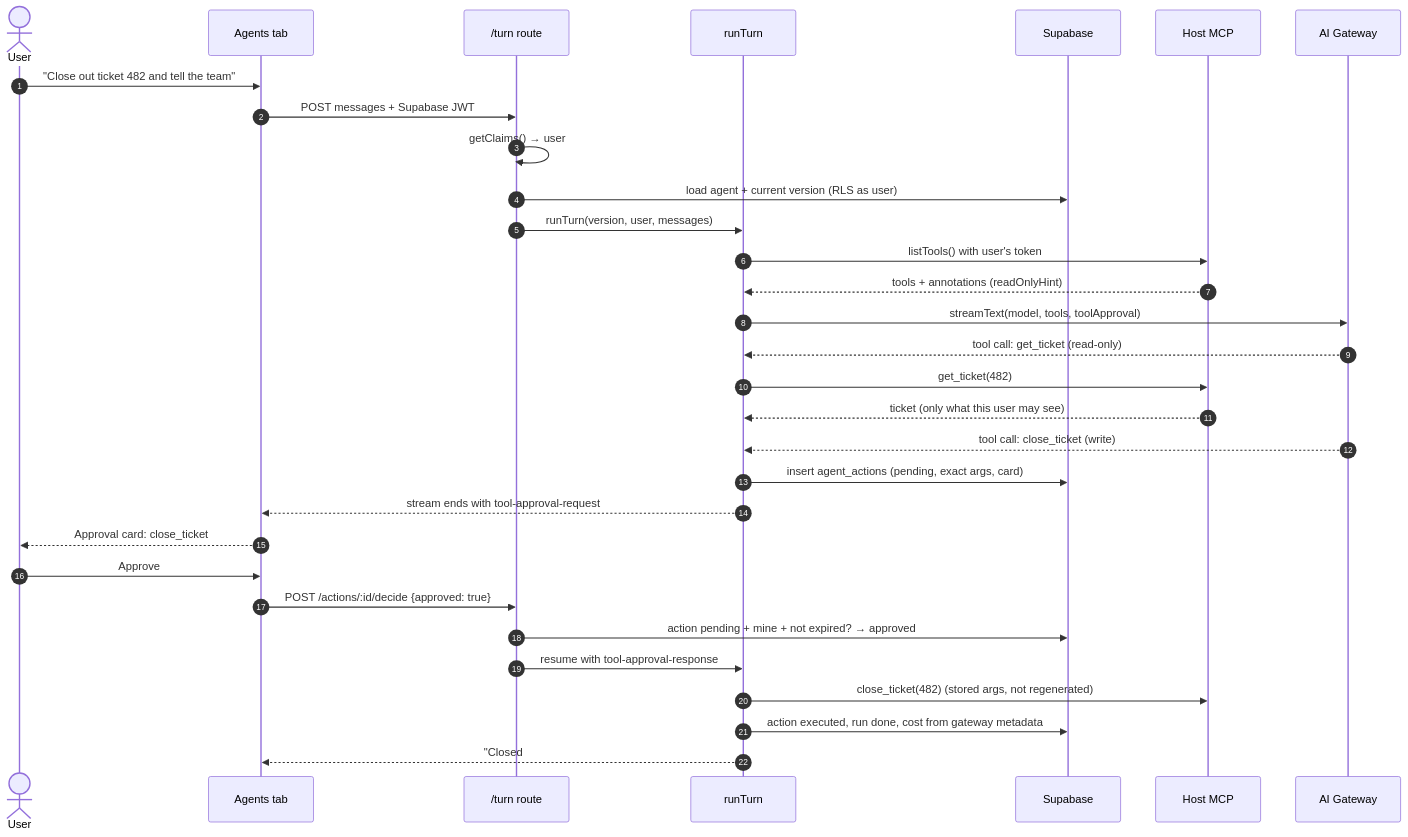
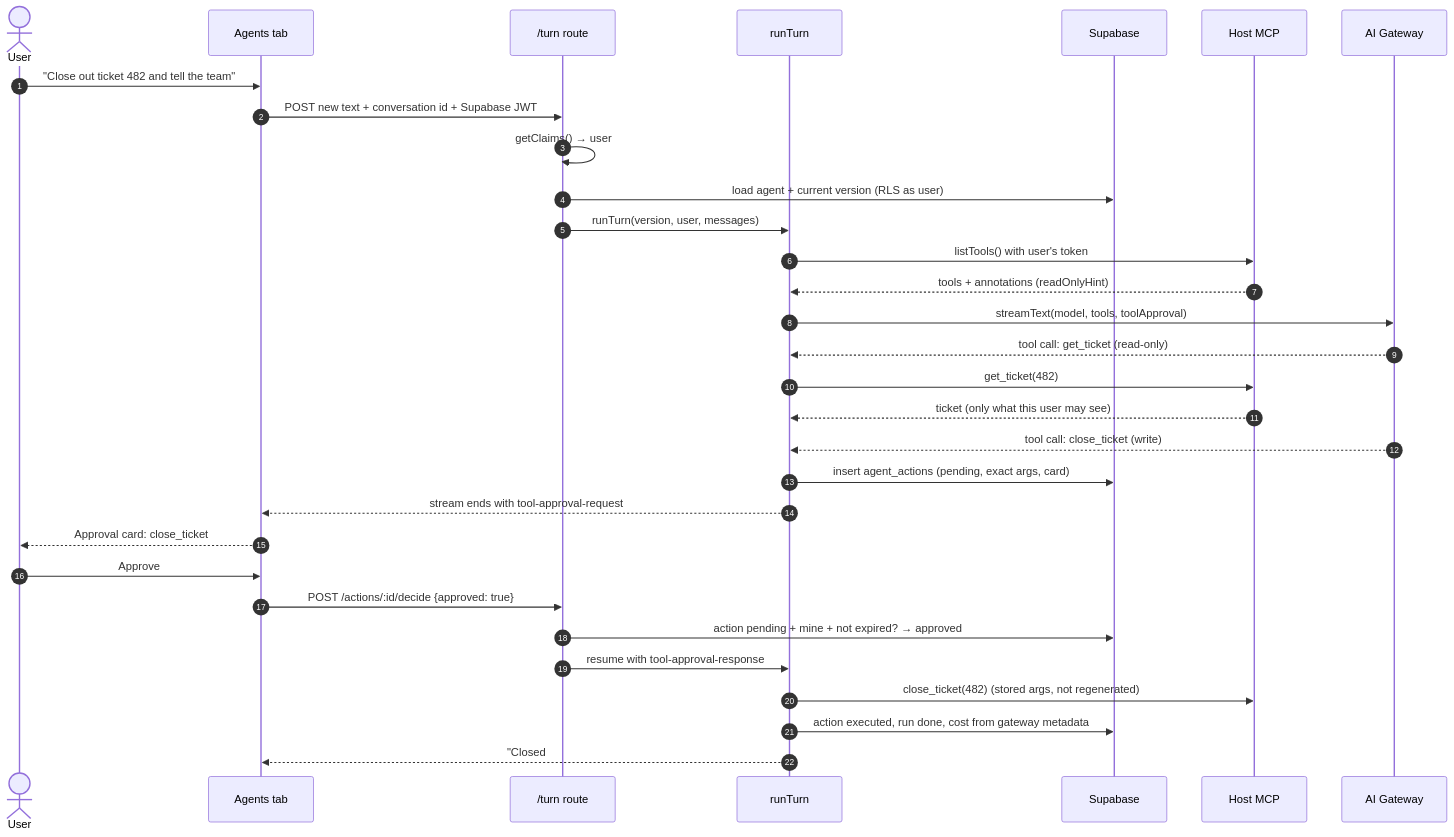
One commit to mitch-zink/agent-template changed the third of 6 diagrams in docs/architecture.md. Above: the diagram before and after it, drawn with Mermaid. The commit also changed other lines of this file and 3 other files, not shown here.

````diff
--- a/docs/architecture.md
+++ b/docs/architecture.md
@@ -140,34 +140,34 @@
 ```mermaid
 sequenceDiagram
   autonumber
   actor U as User
   participant UI as Agents tab
   participant R as /turn route
   participant C as runTurn
   participant DB as Supabase
   participant M as Host MCP
   participant G as AI Gateway
 
   U->>UI: "Close out ticket 482 and tell the team"
-  UI->>R: POST messages + Supabase JWT
+  UI->>R: POST new text + conversation id + Supabase JWT
   R->>R: getClaims() → user
   R->>DB: load agent + current version (RLS as user)
   R->>C: runTurn(version, user, messages)
   C->>M: listTools() with user's token
   M-->>C: tools + annotations (readOnlyHint)
   C->>G: streamText(model, tools, toolApproval)
   G-->>C: tool call: get_ticket (read-only)
   C->>M: get_ticket(482)
   M-->>C: ticket (only what this user may see)
   G-->>C: tool call: close_ticket (write)
   C->>DB: insert agent_actions (pending, exact args, card)
   C-->>UI: stream ends with tool-approval-request
   UI-->>U: Approval card: close_ticket #482
   U->>UI: Approve
   UI->>R: POST /actions/:id/decide {approved: true}
   R->>DB: action pending + mine + not expired? → approved
   R->>C: resume with tool-approval-response
   C->>M: close_ticket(482)  (stored args, not regenerated)
   C->>DB: action executed, run done, cost from gateway metadata
   C-->>UI: "Closed #482."
 ```
````
